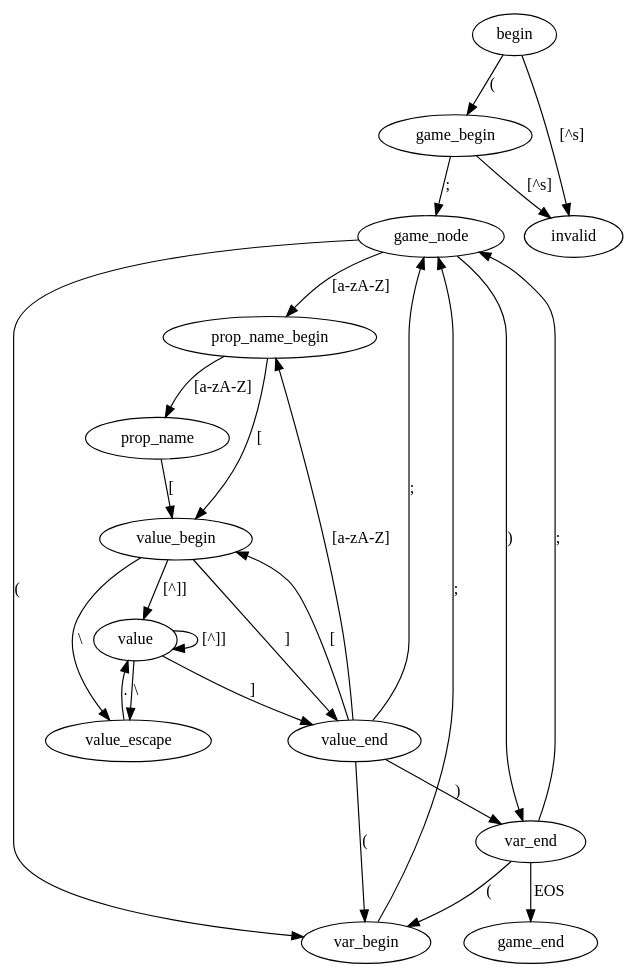
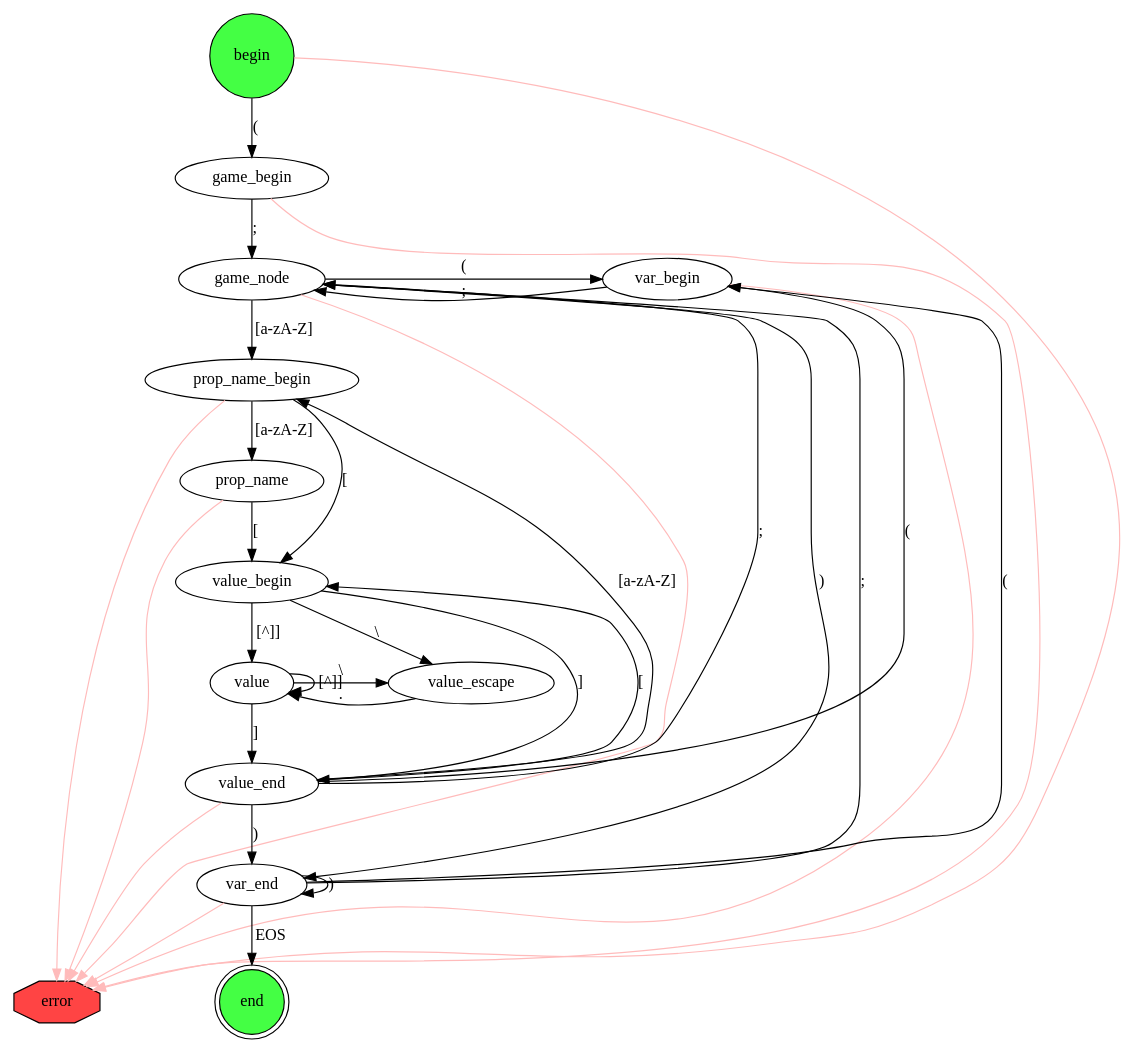
The diagram in doc/sgf_state_machine.dot (gcao/sgf_parser), drawn with Graphviz before and after one commit. The commit also changed 2 other files, not shown here.

Commit message:
State machine graph changes

```diff
--- a/doc/sgf_state_machine.dot
+++ b/doc/sgf_state_machine.dot
@@ -1,41 +1,58 @@
-digraph SGF_STATE_MACHINE {
-begin[pos = 0];
+digraph SGF_STATE_MACHINE{
+        {rank = same; begin;}
+        {rank = same; game_begin;}
+        {rank = same; var_begin game_node;}
+        {rank = same; prop_name_begin;}
+        {rank = same; prop_name;}
+        {rank = same; value_begin;}
+        {rank = same; value value_escape;}
+        {rank = same; value_end;}
+        {rank = same; var_end;}
+        {rank = same; game_end invalid;}
+        begin[style = "filled",shape = "circle",fillcolor = "#44ff44"];
+value[];
+value_escape[];
+value -> value_escape[label="\\"];
+value -> value[label="[^\]]"];
 value_end[];
+value -> value_end[label="\]", weight=100];
 game_node[];
 value_end -> game_node[label=";"];
-var_begin[pos = 2];
+var_begin[];
 value_end -> var_begin[label="\("];
 prop_name_begin[];
 value_end -> prop_name_begin[label="[a-zA-Z]"];
 value_begin[];
 value_end -> value_begin[label="\["];
-var_end[pos = 99];
-value_end -> var_end[label="\)"];
-var_end -> game_node[label=";"];
+var_end[];
+value_end -> var_end[label="\)", weight=100];
+invalid[style = "filled",label = "error",shape = "octagon",fillcolor = "#ff4444"];
+value_end -> invalid[color="#FFBBBB", weight=-100];
+var_end -> game_node[label=";", weight=90];
 var_end -> var_begin[label="\("];
-game_end[pos = 100];
-var_end -> game_end[label="EOS"];
-value[];
-value_begin -> value[label="[^\]]"];
-value_escape[];
+game_end[style = "filled",label = "end",shape = "doublecircle",fillcolor = "#44ff44"];
+var_end -> game_end[label="EOS", weight=100];
+var_end -> var_end[label="\)"];
+var_end -> invalid[color="#FFBBBB", weight=-100];
+value_begin -> value[label="[^\]]", weight=100];
 value_begin -> value_escape[label="\\"];
 value_begin -> value_end[label="\]"];
-value -> value_escape[label="\\"];
-value -> value[label="[^\]]"];
-value -> value_end[label="\]"];
+game_begin[];
+begin -> game_begin[label="\(", weight=100];
+begin -> invalid[color="#FFBBBB", weight=-100];
 game_node -> var_begin[label="\("];
-game_node -> prop_name_begin[label="[a-zA-Z]"];
+game_node -> prop_name_begin[label="[a-zA-Z]", weight=100];
 game_node -> var_end[label="\)"];
-game_begin[pos = 1];
-begin -> game_begin[label="\("];
-invalid[pos = 100];
-begin -> invalid[label="[^\s]"];
+game_node -> invalid[color="#FFBBBB", weight=-100];
 prop_name[];
-prop_name_begin -> prop_name[label="[a-zA-Z]"];
+prop_name_begin -> prop_name[label="[a-zA-Z]", weight=100];
 prop_name_begin -> value_begin[label="\["];
-game_begin -> game_node[label=";"];
-game_begin -> invalid[label="[^\s]"];
+prop_name_begin -> invalid[color="#FFBBBB", weight=-100];
+game_begin -> game_node[label=";", weight=100];
+game_begin -> invalid[color="#FFBBBB", weight=-100];
 value_escape -> value[label="."];
 var_begin -> game_node[label=";"];
-prop_name -> value_begin[label="\["];
+var_begin -> invalid[color="#FFBBBB", weight=-100];
+prop_name -> value_begin[label="\[", weight=100];
+prop_name -> invalid[color="#FFBBBB", weight=-100];
 }
```
